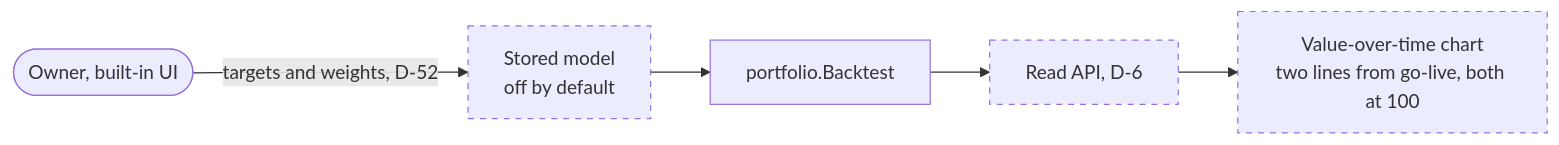
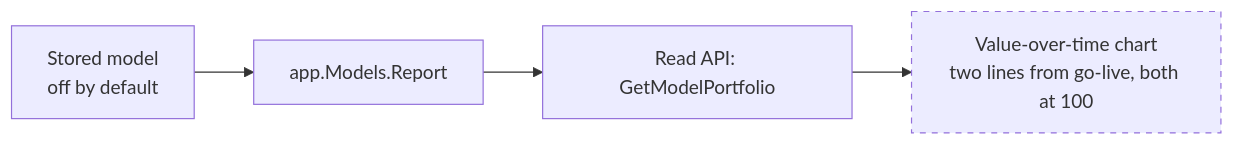
Before and after one commit to arkadiuss/openfief: the fifth of 5 diagrams in docs/concepts/portfolio.md, drawn with Mermaid. The commit also changed other lines of this file and 225 other files, not shown here.

First line of the commit message:
feat(portfolio): store, enter and serve the model portfolio (D-52..D-54)

````diff
--- a/docs/concepts/portfolio.md
+++ b/docs/concepts/portfolio.md
@@ -108,9 +143,8 @@
 ```mermaid
 flowchart LR
-  owner(["Owner, built-in UI"]) -- "targets and weights, D-52" --> store["Stored model<br/>off by default"]
-  store --> bt["portfolio.Backtest"]
-  bt --> api["Read API, D-6"]
+  store["Stored model<br/>off by default"] --> rep["app.Models.Report"]
+  rep --> api["Read API: GetModelPortfolio"]
   api --> chart["Value-over-time chart<br/>two lines from go-live, both at 100"]
   classDef notbuilt stroke-dasharray: 5 5
-  class store,api,chart notbuilt
+  class chart notbuilt
 ```
````
